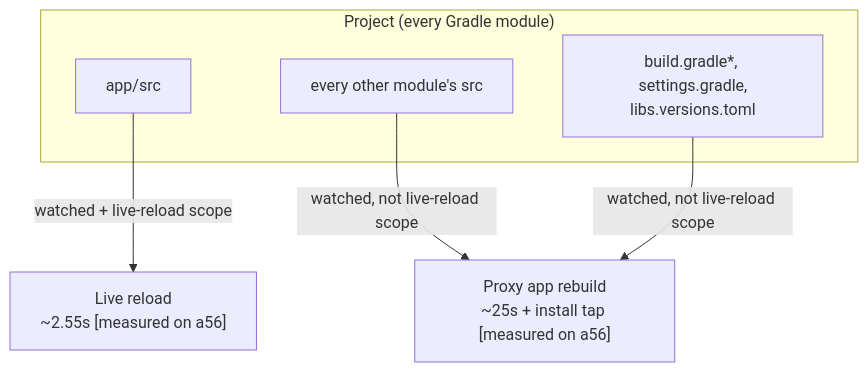
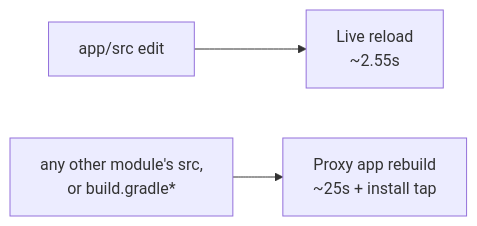
Before and after one commit to appdevforall/CodeOnTheGo: the diagram in quick-build/docs/multi-module.md, drawn with Mermaid. The commit also changed other lines of this file and 50 other files, not shown here.

````diff
--- a/quick-build/docs/multi-module.md
+++ b/quick-build/docs/multi-module.md
@@ -15,11 +11,5 @@
 ```mermaid
-flowchart TD
-    subgraph proj["Project (every Gradle module)"]
-        appsrc["app/src"]
-        libsrc["every other module's src"]
-        cfg["build.gradle*, settings.gradle,<br/>libs.versions.toml"]
-    end
-    appsrc -->|watched + live-reload scope| live["Live reload<br/>~2.55s [measured on a56]"]
-    libsrc -->|watched, not live-reload scope| full["Proxy app rebuild<br/>~25s + install tap [measured on a56]"]
-    cfg -->|watched, not live-reload scope| full
+flowchart LR
+    A["app/src edit"] --> L["Live reload<br/>~2.55s"]
+    B["any other module's src,<br/>or build.gradle*"] --> F["Proxy app rebuild<br/>~25s + install tap"]
 ```
````
